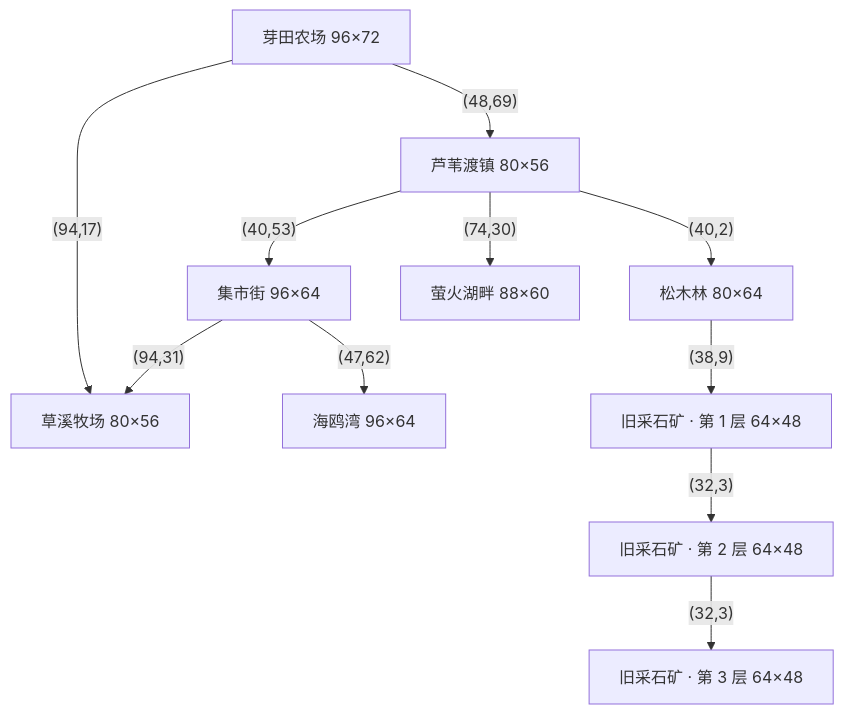
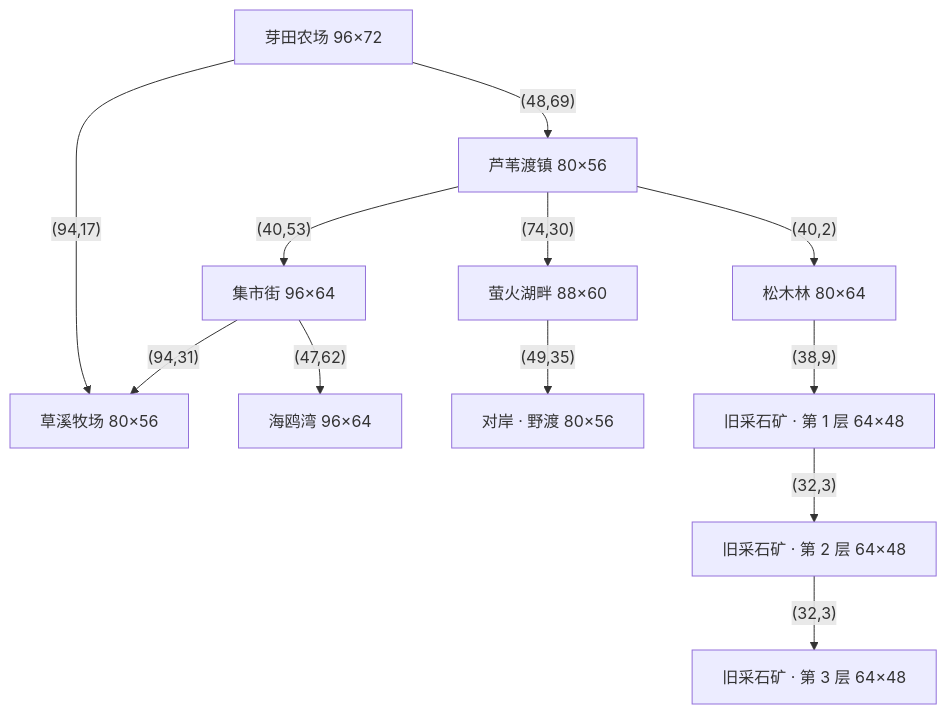
The diagram in docs/design/09-world-map.md (Skywang16/gamedemo), drawn with Mermaid before and after one commit. The commit also changed other lines of this file and 155 other files, not shown here.

````diff
--- a/docs/design/09-world-map.md
+++ b/docs/design/09-world-map.md
@@ -9,23 +9,25 @@
 ```mermaid
 graph TD
   home_farm["芽田农场 96×72"]
   town["芦苇渡镇 80×56"]
   market["集市街 96×64"]
   ranch["草溪牧场 80×56"]
   seaside["海鸥湾 96×64"]
   forest["松木林 80×64"]
   lake["萤火湖畔 88×60"]
+  far_shore["对岸 · 野渡 80×56"]
   mine_1["旧采石矿 · 第 1 层 64×48"]
   mine_2["旧采石矿 · 第 2 层 64×48"]
   mine_3["旧采石矿 · 第 3 层 64×48"]
   home_farm -- "(48,69)" --> town
   home_farm -- "(94,17)" --> ranch
   town -- "(74,30)" --> lake
   town -- "(40,2)" --> forest
   town -- "(40,53)" --> market
   market -- "(94,31)" --> ranch
   market -- "(47,62)" --> seaside
   forest -- "(38,9)" --> mine_1
+  lake -- "(49,35)" --> far_shore
   mine_1 -- "(32,3)" --> mine_2
   mine_2 -- "(32,3)" --> mine_3
 ```
````
